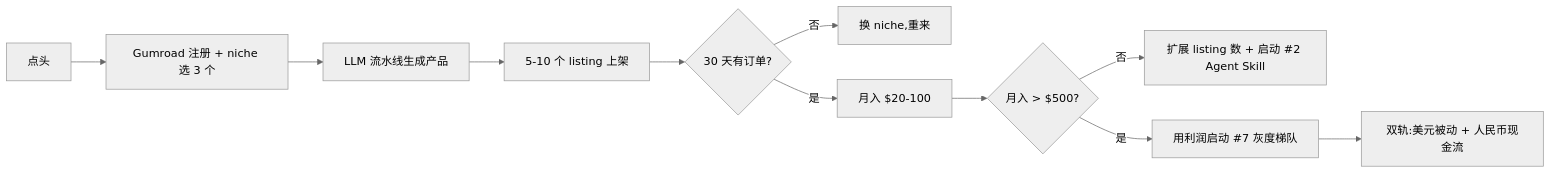
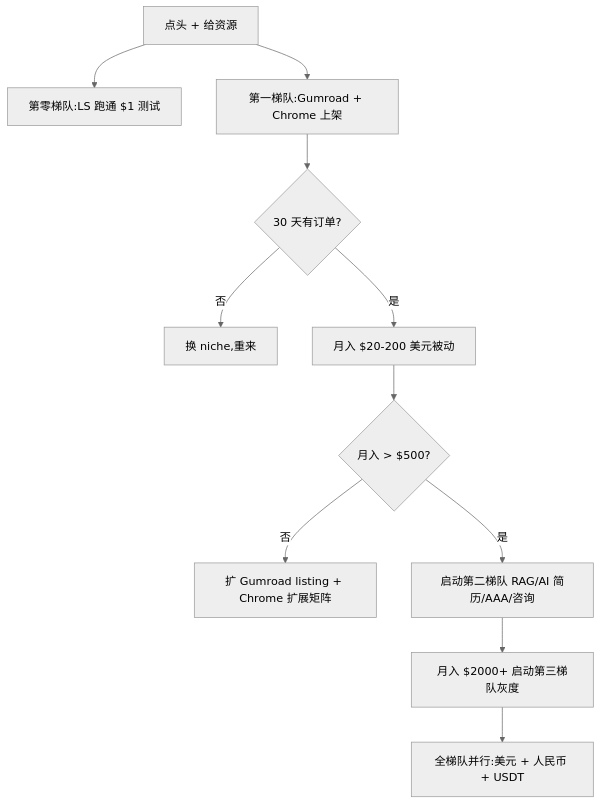
The diagram in docs/ACTION-PLAN.md (zsl99a/padme), drawn with Mermaid (neutral theme) before and after one commit. The commit also changed other lines of this file and 121 other files, not shown here.

````diff
--- a/docs/ACTION-PLAN.md
+++ b/docs/ACTION-PLAN.md
@@ -118,13 +178,13 @@
 ```mermaid
-graph LR
-    A[点头] --> B[Gumroad 注册 + niche 选 3 个]
-    B --> C[LLM 流水线生成产品]
-    C --> D[5-10 个 listing 上架]
-    D --> E{30 天有订单?}
-    E -->|否| F[换 niche,重来]
-    E -->|是| G[月入 $20-100]
-    G --> H{月入 > $500?}
-    H -->|否| I[扩展 listing 数 + 启动 #2 Agent Skill]
-    H -->|是| J[用利润启动 #7 灰度梯队]
-    J --> K[双轨:美元被动 + 人民币现金流]
+graph TD
+    A[点头 + 给资源] --> B[第零梯队:LS 跑通 $1 测试]
+    A --> C[第一梯队:Gumroad + Chrome 上架]
+    C --> D{30 天有订单?}
+    D -->|否| E[换 niche,重来]
+    D -->|是| F[月入 $20-200 美元被动]
+    F --> G{月入 > $500?}
+    G -->|否| H[扩 Gumroad listing + Chrome 扩展矩阵]
+    G -->|是| I[启动第二梯队 RAG/AI 简历/AAA/咨询]
+    I --> J[月入 $2000+ 启动第三梯队灰度]
+    J --> K[全梯队并行:美元 + 人民币 + USDT]
 ```
````
